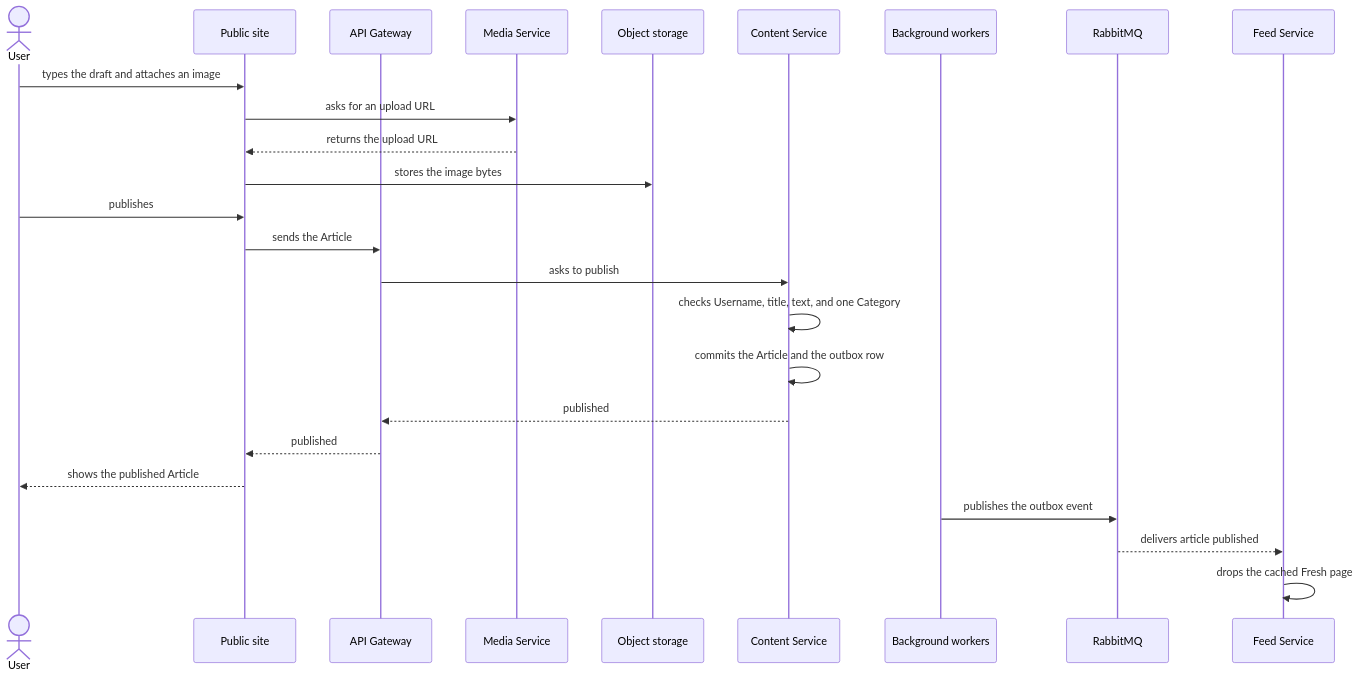
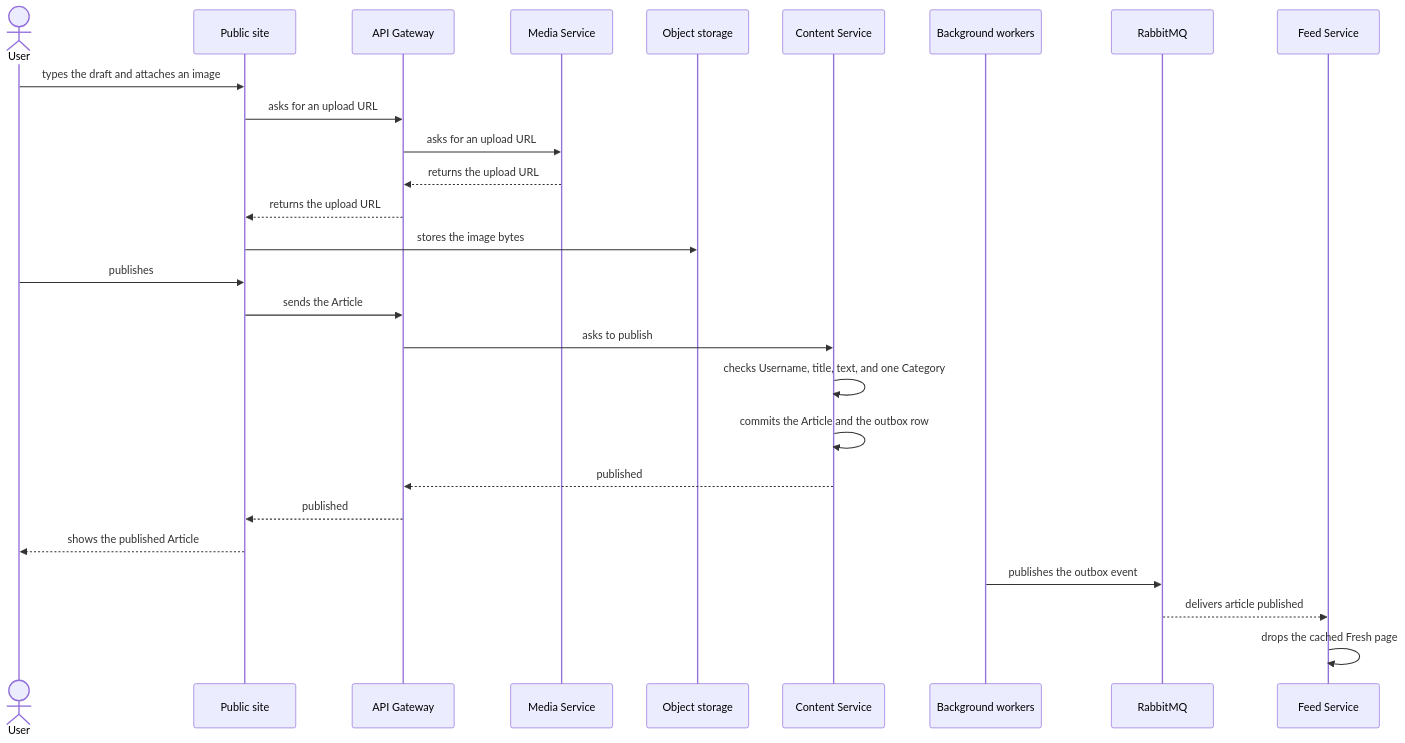
The third of 5 diagrams in docs/features/blog-platform/sad.md (tereshin/blog), drawn with Mermaid before and after one commit. The commit also changed other lines of this file and 1 other file, not shown here.

Commit message:
design: blog-platform finalization (critic pass)
Align the hide and publish flows with the accepted decisions: audit follows a successful hide, and the upload URL is requested through the gateway.

````diff
--- a/docs/features/blog-platform/sad.md
+++ b/docs/features/blog-platform/sad.md
@@ -249,28 +249,30 @@
 ```mermaid
 sequenceDiagram
     actor User
     participant Web as Public site
     participant Gateway as API Gateway
     participant Media as Media Service
     participant Objects as Object storage
     participant Content as Content Service
     participant Workers as Background workers
     participant Rabbit as RabbitMQ
     participant Feed as Feed Service
 
     User->>Web: types the draft and attaches an image
-    Web->>Media: asks for an upload URL
-    Media-->>Web: returns the upload URL
+    Web->>Gateway: asks for an upload URL
+    Gateway->>Media: asks for an upload URL
+    Media-->>Gateway: returns the upload URL
+    Gateway-->>Web: returns the upload URL
     Web->>Objects: stores the image bytes
     User->>Web: publishes
     Web->>Gateway: sends the Article
     Gateway->>Content: asks to publish
     Content->>Content: checks Username, title, text, and one Category
     Content->>Content: commits the Article and the outbox row
     Content-->>Gateway: published
     Gateway-->>Web: published
     Web-->>User: shows the published Article
     Workers->>Rabbit: publishes the outbox event
     Rabbit-->>Feed: delivers article published
     Feed->>Feed: drops the cached Fresh page
 ```
````
